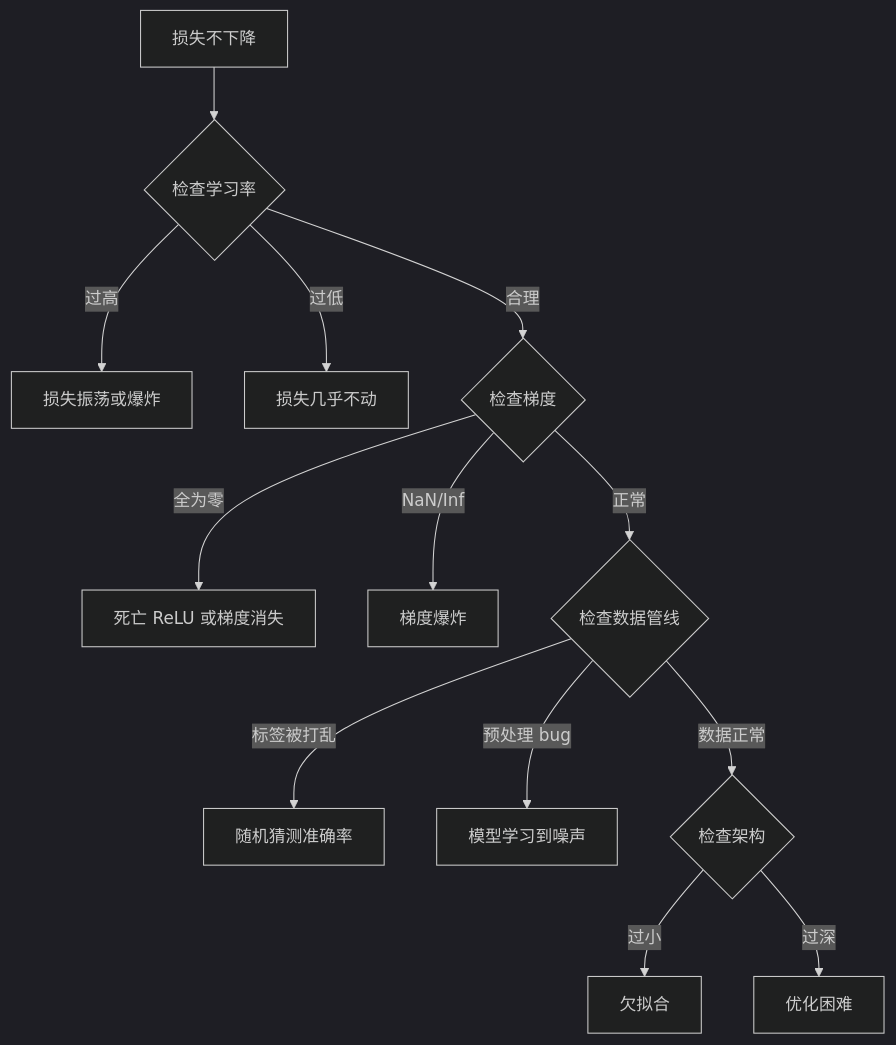
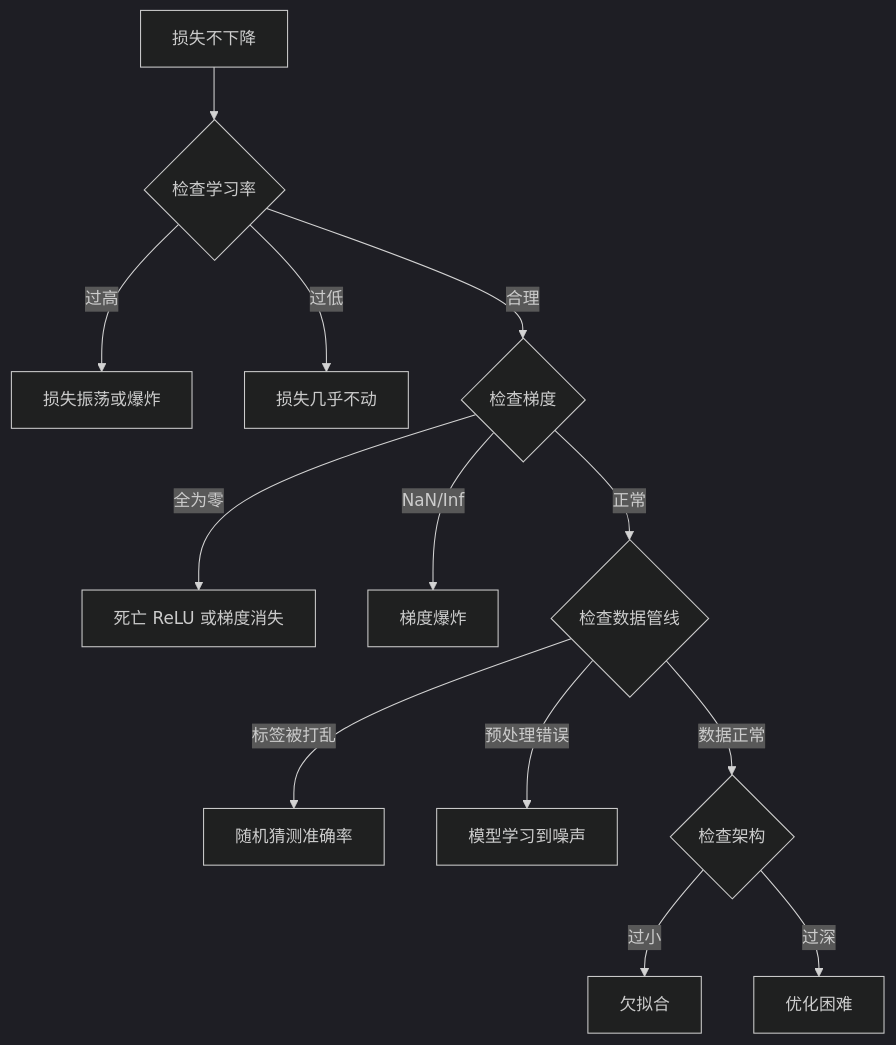
The first of 5 diagrams in content/translations/practice/03-deep-learning-core/13-debugging-neural-networks/zh.md (huangyue12120/Learning-Atlas), drawn with Mermaid (dark theme) before and after one commit. The commit also changed 24 other files, not shown here.

Commit message:
fix(reader): localize Mermaid in source content

````diff
--- a/content/translations/practice/03-deep-learning-core/13-debugging-neural-networks/zh.md
+++ b/content/translations/practice/03-deep-learning-core/13-debugging-neural-networks/zh.md
@@ -48,15 +48,15 @@
 ```mermaid
 flowchart TD
     A["损失不下降"] --> B{"检查学习率"}
     B -->|"过高"| C["损失振荡或爆炸"]
     B -->|"过低"| D["损失几乎不动"]
     B -->|"合理"| E{"检查梯度"}
     E -->|"全为零"| F["死亡 ReLU 或梯度消失"]
     E -->|"NaN/Inf"| G["梯度爆炸"]
     E -->|"正常"| H{"检查数据管线"}
     H -->|"标签被打乱"| I["随机猜测准确率"]
-    H -->|"预处理 bug"| J["模型学习到噪声"]
+    H -->|"预处理错误"| J["模型学习到噪声"]
     H -->|"数据正常"| K{"检查架构"}
     K -->|"过小"| L["欠拟合"]
     K -->|"过深"| M["优化困难"]
 ```
````
